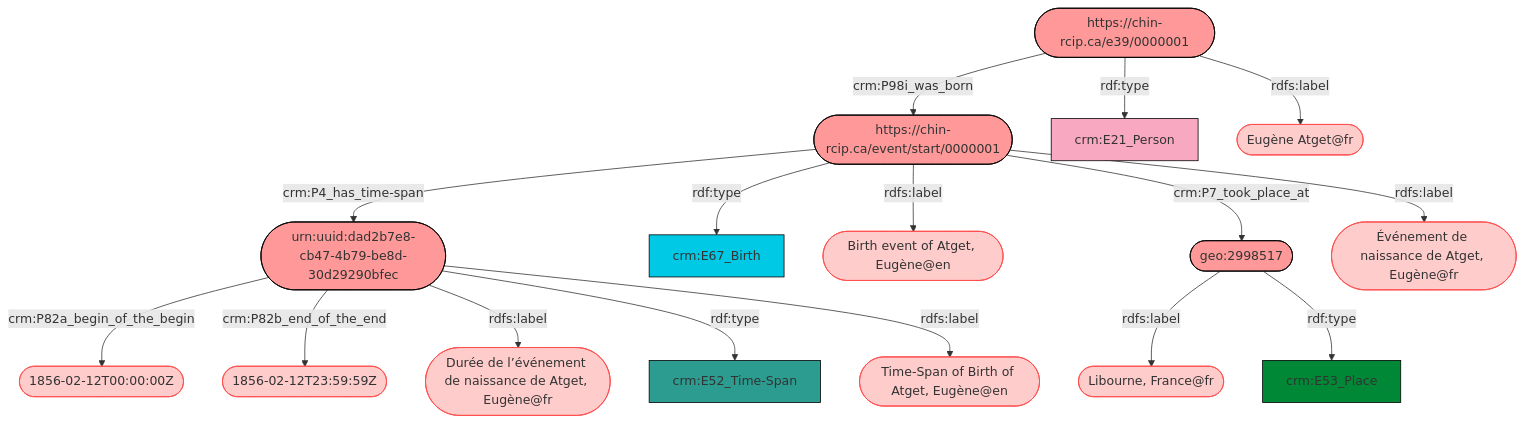
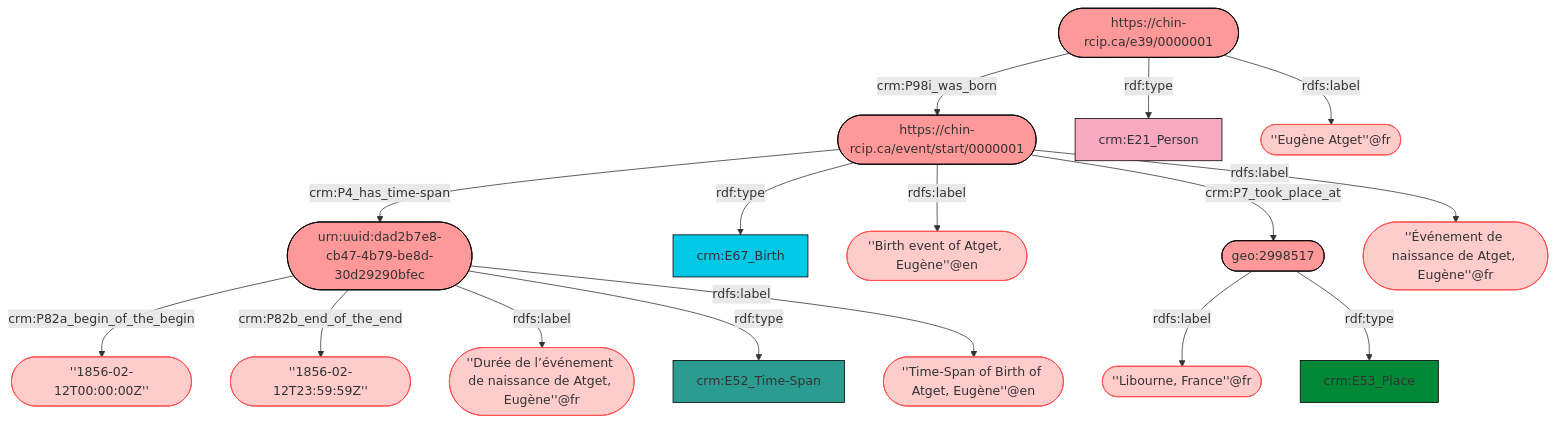
The third of 4 diagrams in testing_mermaid.md (TrangDg/TrangDg.github.io), drawn with Mermaid before and after one commit. The commit also changed other lines of this file, not shown here.

```diff
--- a/testing_mermaid.md
+++ b/testing_mermaid.md
@@ -134,31 +134,31 @@
 <div class="mermaid">
 	graph TD
 classDef Literal fill:#ffcccc,stroke:#ff4d4d;
 classDef URI fill:#ff9999,stroke:#000000;
 classDef CRM_Entity fill:#FFFFFF,stroke:#000000;
 classDef Temporal_Entity fill:#00C9E6, stroke:#000000;
 classDef Type fill:#E18312, stroke:#000000;
 classDef Time-Span fill:#2C9C91, stroke:#000000;
 classDef Appellation fill:#FFEB7F, stroke:#000000;
 classDef Place fill:#008836, stroke:#000000;
-classDef Persistent_Item fill:#A4A0A3, stroke:#000000;
+classDef Persistent_Item fill:#B266B2, stroke:#000000;
 classDef Conceptual_Object fill:#FFD700, stroke:#000000;
 classDef Physical_Object fill:#D2B48C, stroke:#000000;
 classDef Actor fill:#F9A8C2, stroke:#000000;
 A1([https://chin-rcip.ca/e39/0000001]):::URI -->|crm:P98i_was_born| B1([https://chin-rcip.ca/event/start/0000001]):::Literal
 B1([https://chin-rcip.ca/event/start/0000001]):::URI -->|crm:P4_has_time-span| C1([urn:uuid:dad2b7e8-cb47-4b79-be8d-30d29290bfec]):::Literal
-C1([urn:uuid:dad2b7e8-cb47-4b79-be8d-30d29290bfec]):::URI -->|crm:P82a_begin_of_the_begin| D1(["1856-02-12T00:00:00Z"]):::Literal
-C1([urn:uuid:dad2b7e8-cb47-4b79-be8d-30d29290bfec]):::URI -->|crm:P82b_end_of_the_end| D2(["1856-02-12T23:59:59Z"]):::Literal
-C1([urn:uuid:dad2b7e8-cb47-4b79-be8d-30d29290bfec]):::URI -->|rdfs:label| D3(["Durée de l’événement de naissance de Atget, Eugène@fr"]):::Literal
+C1([urn:uuid:dad2b7e8-cb47-4b79-be8d-30d29290bfec]):::URI -->|crm:P82a_begin_of_the_begin| D1(["''1856-02-12T00:00:00Z''"]):::Literal
+C1([urn:uuid:dad2b7e8-cb47-4b79-be8d-30d29290bfec]):::URI -->|crm:P82b_end_of_the_end| D2(["''1856-02-12T23:59:59Z''"]):::Literal
+C1([urn:uuid:dad2b7e8-cb47-4b79-be8d-30d29290bfec]):::URI -->|rdfs:label| D3(["''Durée de l’événement de naissance de Atget, Eugène''@fr"]):::Literal
 C1([urn:uuid:dad2b7e8-cb47-4b79-be8d-30d29290bfec]) -->|rdf:type| D4[crm:E52_Time-Span]:::Time-Span
-C1([urn:uuid:dad2b7e8-cb47-4b79-be8d-30d29290bfec]):::URI -->|rdfs:label| D5(["Time-Span of Birth of Atget, Eugène@en"]):::Literal
+C1([urn:uuid:dad2b7e8-cb47-4b79-be8d-30d29290bfec]):::URI -->|rdfs:label| D5(["''Time-Span of Birth of Atget, Eugène''@en"]):::Literal
 B1([https://chin-rcip.ca/event/start/0000001]) -->|rdf:type| C2[crm:E67_Birth]:::Temporal_Entity
-B1([https://chin-rcip.ca/event/start/0000001]):::URI -->|rdfs:label| C3(["Birth event of Atget, Eugène@en"]):::Literal
+B1([https://chin-rcip.ca/event/start/0000001]):::URI -->|rdfs:label| C3(["''Birth event of Atget, Eugène''@en"]):::Literal
 B1([https://chin-rcip.ca/event/start/0000001]):::URI -->|crm:P7_took_place_at| C4([geo:2998517]):::Literal
-C4([geo:2998517]):::URI -->|rdfs:label| D6(["Libourne, France@fr"]):::Literal
+C4([geo:2998517]):::URI -->|rdfs:label| D6(["''Libourne, France''@fr"]):::Literal
 C4([geo:2998517]) -->|rdf:type| D7[crm:E53_Place]:::Place
-B1([https://chin-rcip.ca/event/start/0000001]):::URI -->|rdfs:label| C5(["Événement de naissance de Atget, Eugène@fr"]):::Literal
+B1([https://chin-rcip.ca/event/start/0000001]):::URI -->|rdfs:label| C5(["''Événement de naissance de Atget, Eugène''@fr"]):::Literal
 A1([https://chin-rcip.ca/e39/0000001]) -->|rdf:type| B2[crm:E21_Person]:::Actor
-A1([https://chin-rcip.ca/e39/0000001]):::URI -->|rdfs:label| B3(["Eugène Atget@fr"]):::Literal
+A1([https://chin-rcip.ca/e39/0000001]):::URI -->|rdfs:label| B3(["''Eugène Atget''@fr"]):::Literal
 
 </div>
```
